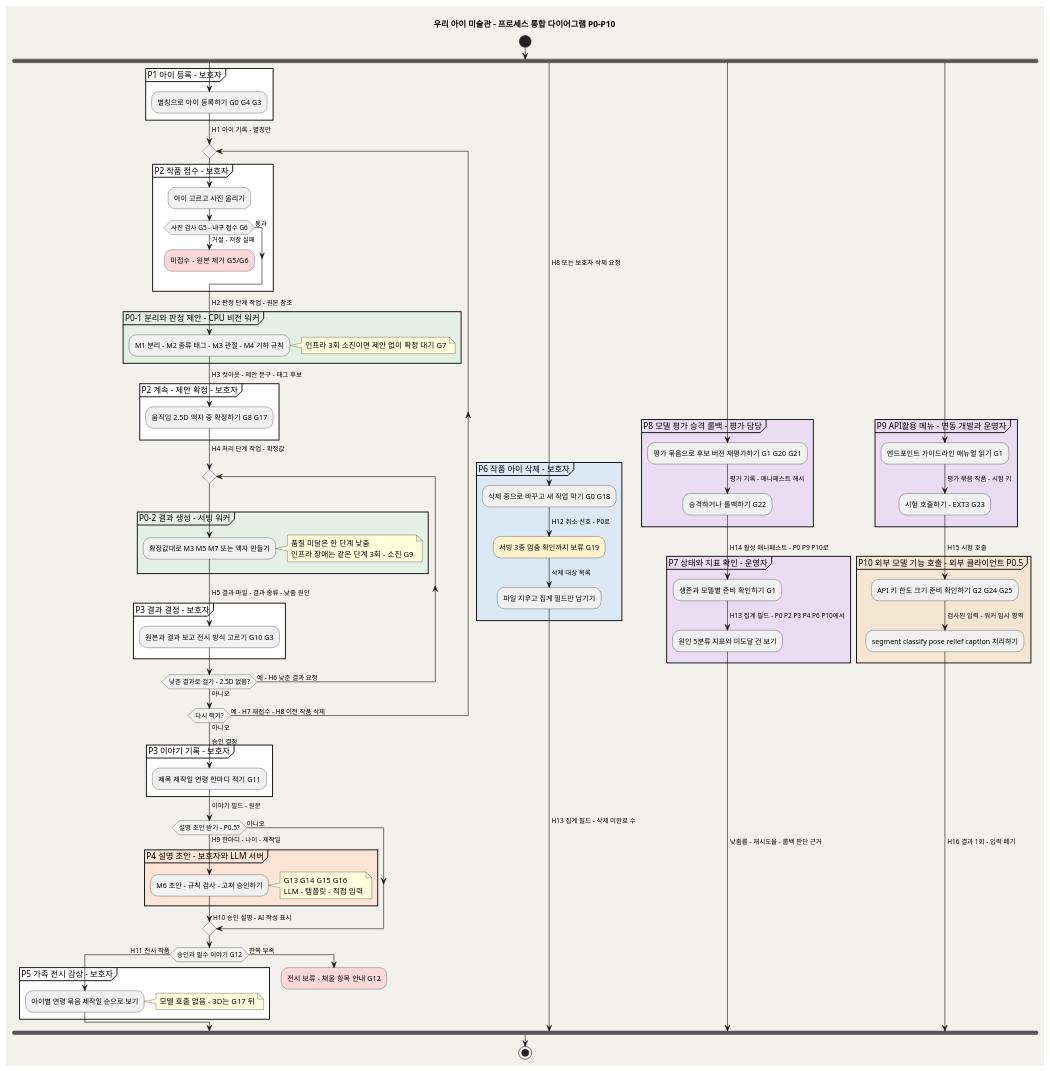
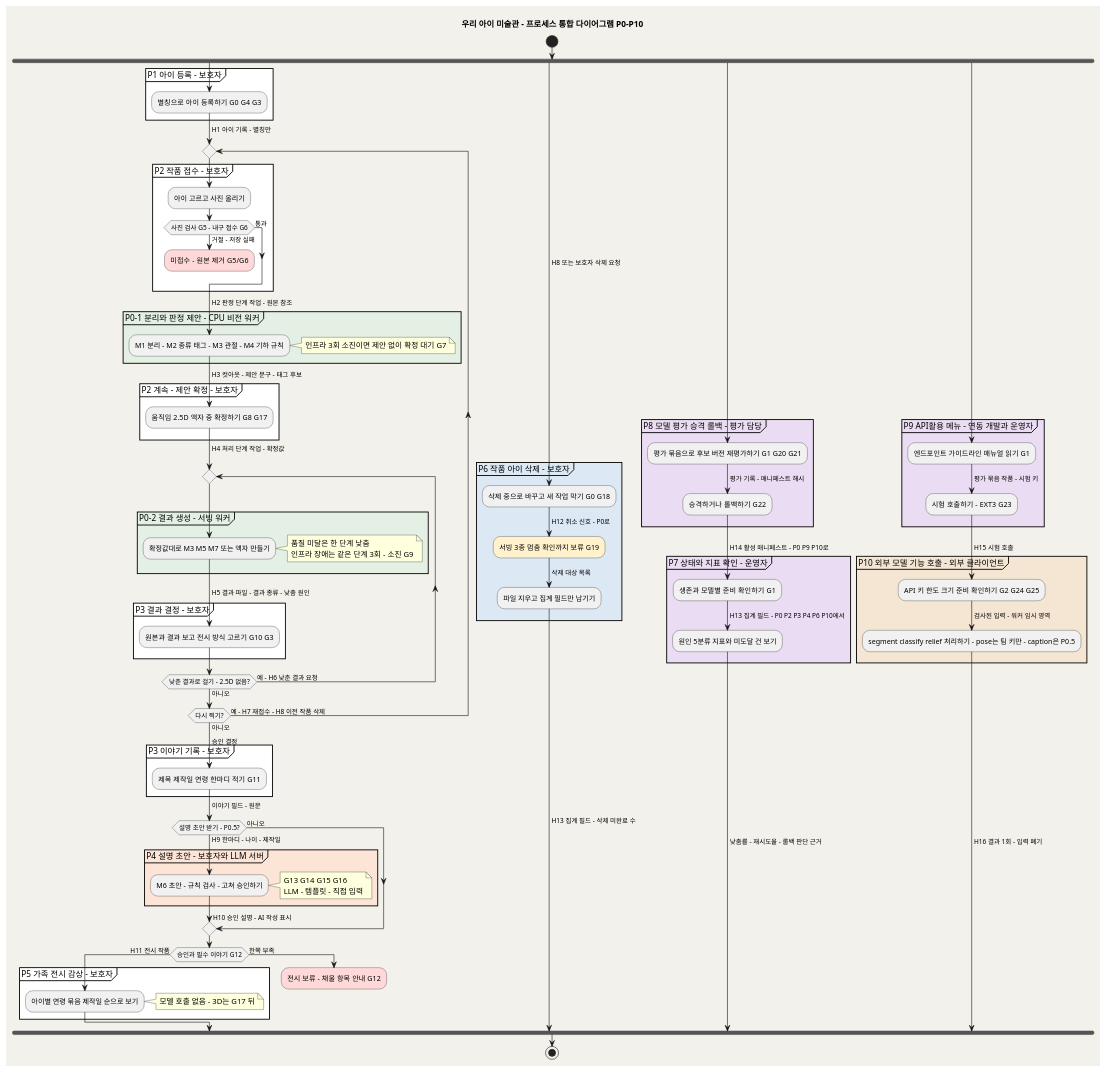
One commit to kids-gallery/uri-gallery changed the diagram in design/SD_01_프로세스통합.md. Above: the diagram before and after it, drawn with PlantUML. The commit also changed other lines of this file and 9 other files, not shown here.

First line of the commit message:
외부 모델 기능 엔드포인트 D17 반영(조건부 승인): segment·classify·relief P0, pose 팀 내부 키 전용

```diff
--- a/design/SD_01_프로세스통합.md
+++ b/design/SD_01_프로세스통합.md
@@ -107,10 +107,10 @@
     :시험 호출하기 - EXT3  G23;
   }
   -> H15 시험 호출;
-  partition "P10 외부 모델 기능 호출 - 외부 클라이언트 P0.5" #F5E6D3 {
+  partition "P10 외부 모델 기능 호출 - 외부 클라이언트" #F5E6D3 {
     :API 키 한도 크기 준비 확인하기  G2 G24 G25;
     -> 검사된 입력 - 워커 임시 영역;
-    :segment classify pose relief caption 처리하기;
+    :segment classify relief 처리하기 - pose는 팀 키만 - caption은 P0.5;
   }
   -> H16 결과 1회 - 입력 폐기;
 end fork
```
